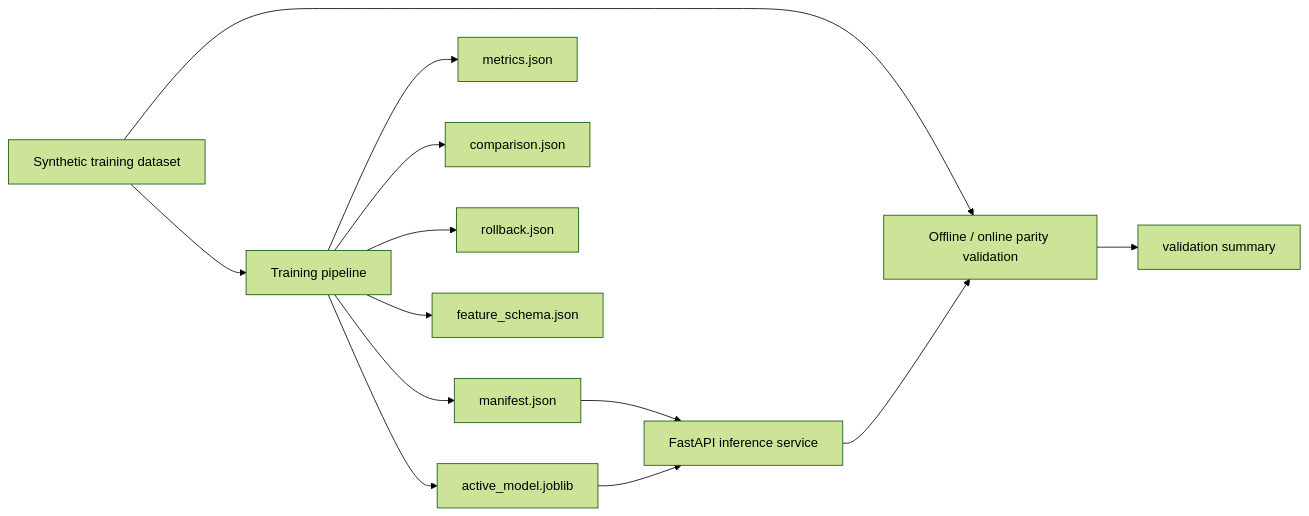
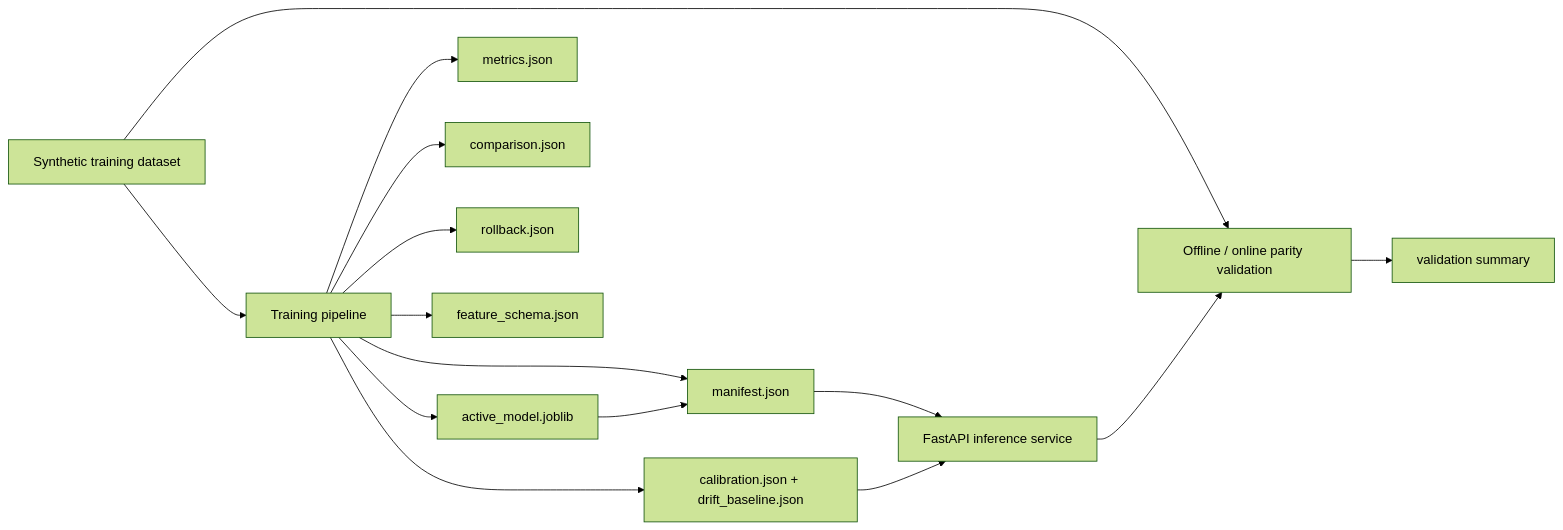
One commit to srn91/ml-training-serving-platform changed the diagram in README.md. Above: the diagram before and after it, drawn with Mermaid (forest theme). The commit also changed other lines of this file and 17 other files, not shown here.

````diff
--- a/README.md
+++ b/README.md
@@ -34,15 +36,17 @@
 ```mermaid
 flowchart LR
     A["Synthetic training dataset"] --> B["Training pipeline"]
     B --> C["active_model.joblib"]
     B --> D["metrics.json"]
     B --> E["comparison.json"]
     B --> F["rollback.json"]
     B --> G["feature_schema.json"]
-    B --> H["manifest.json"]
-    H --> I["FastAPI inference service"]
+    B --> H["calibration.json + drift_baseline.json"]
+    B --> I["manifest.json"]
+    I --> J["FastAPI inference service"]
     C --> I
-    A --> J["Offline / online parity validation"]
-    I --> J
-    J --> K["validation summary"]
+    H --> J
+    A --> K["Offline / online parity validation"]
+    J --> K
+    K --> L["validation summary"]
 ```
````
